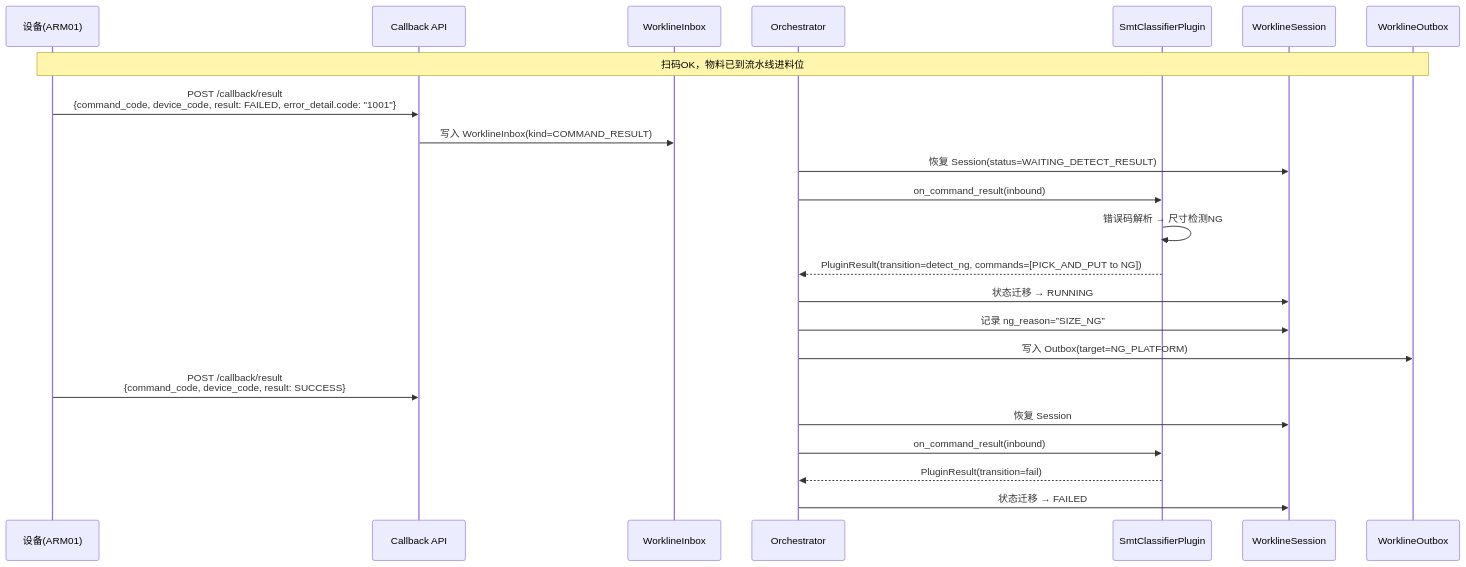
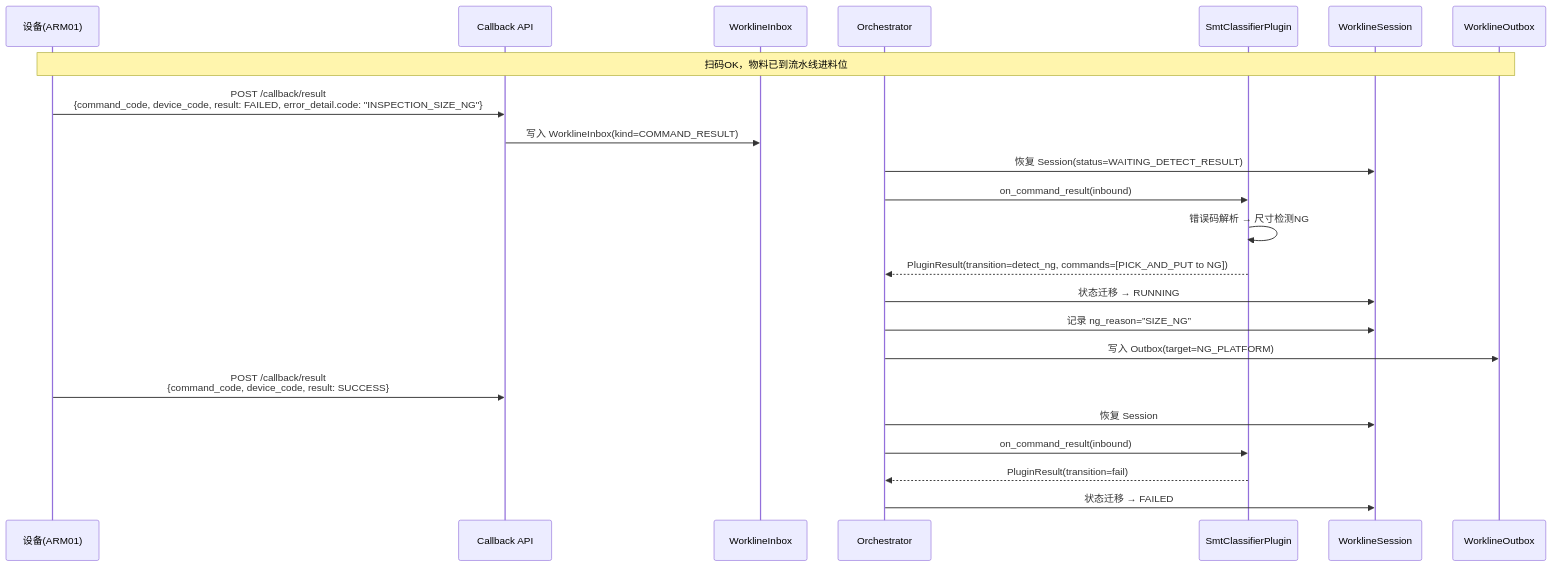
Before and after one commit to kaizhoumasha/wes_backend: the fifth of 8 diagrams in docs/hardware/workline_topology_overview.md, drawn with Mermaid. The commit also changed other lines of this file and 34 other files, not shown here.

````diff
--- a/docs/hardware/workline_topology_overview.md
+++ b/docs/hardware/workline_topology_overview.md
@@ -584,29 +584,29 @@
 ```mermaid
 sequenceDiagram
     participant Device as 设备(ARM01)
     participant API as Callback API
     participant Inbox as WorklineInbox
     participant Orch as Orchestrator
     participant Plugin as SmtClassifierPlugin
     participant Session as WorklineSession
     participant Outbox as WorklineOutbox
 
     Note over Device,Outbox: 扫码OK，物料已到流水线进料位
 
-    Device->>API: POST /callback/result<br/>{command_code, device_code, result: FAILED, error_detail.code: "1001"}
+    Device->>API: POST /callback/result<br/>{command_code, device_code, result: FAILED, error_detail.code: "INSPECTION_SIZE_NG"}
     API->>Inbox: 写入 WorklineInbox(kind=COMMAND_RESULT)
 
     Orch->>Session: 恢复 Session(status=WAITING_DETECT_RESULT)
     Orch->>Plugin: on_command_result(inbound)
     Plugin->>Plugin: 错误码解析 → 尺寸检测NG
     Plugin-->>Orch: PluginResult(transition=detect_ng, commands=[PICK_AND_PUT to NG])
     Orch->>Session: 状态迁移 → RUNNING
     Orch->>Session: 记录 ng_reason=”SIZE_NG”
     Orch->>Outbox: 写入 Outbox(target=NG_PLATFORM)
 
     Device->>API: POST /callback/result<br/>{command_code, device_code, result: SUCCESS}
     Orch->>Session: 恢复 Session
     Orch->>Plugin: on_command_result(inbound)
     Plugin-->>Orch: PluginResult(transition=fail)
     Orch->>Session: 状态迁移 → FAILED
 ```
````
